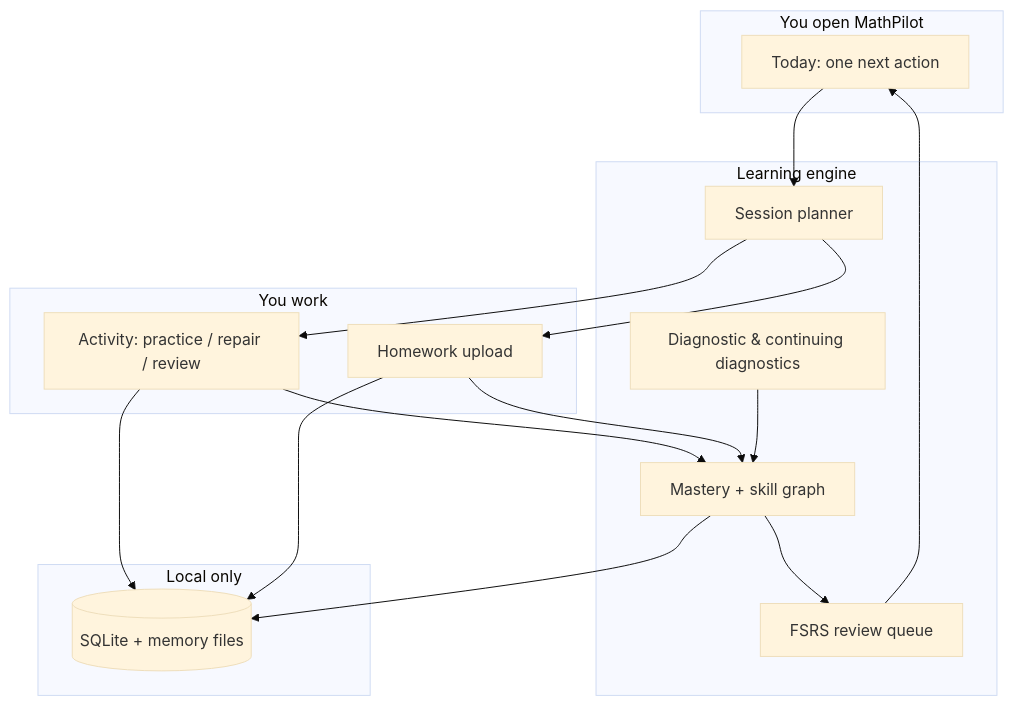
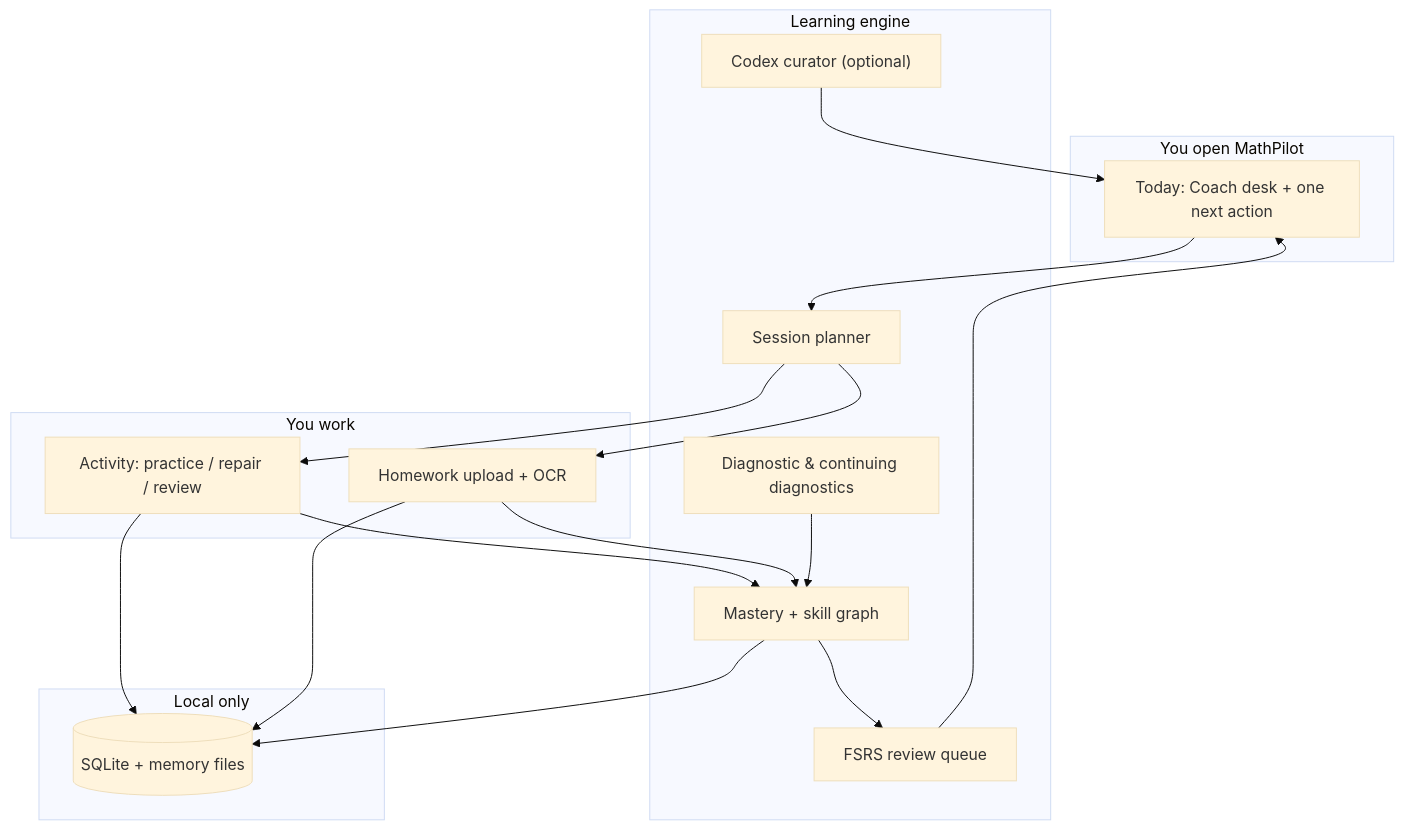
Before and after one commit to ezzy1630/MathPilot: the diagram in README.md, drawn with Mermaid (base theme). The commit also changed other lines of this file, not shown here.

````diff
--- a/README.md
+++ b/README.md
@@ -68,34 +153,36 @@
 ```mermaid
 flowchart TB
   subgraph open["You open MathPilot"]
-    T["Today: one next action"]
+    T["Today: Coach desk + one next action"]
   end
 
   subgraph engine["Learning engine"]
     D["Diagnostic & continuing diagnostics"]
+    C["Codex curator (optional)"]
     M["Mastery + skill graph"]
     R["FSRS review queue"]
     P["Session planner"]
   end
 
   subgraph work["You work"]
     A["Activity: practice / repair / review"]
-    H["Homework upload"]
+    H["Homework upload + OCR"]
   end
 
   subgraph local["Local only"]
     S[("SQLite + memory files")]
   end
 
   T --> P
   P --> A
   P --> H
   A --> M
   H --> M
   M --> R
   D --> M
+  C --> T
   A --> S
   H --> S
   M --> S
   R --> T
 ```
````
